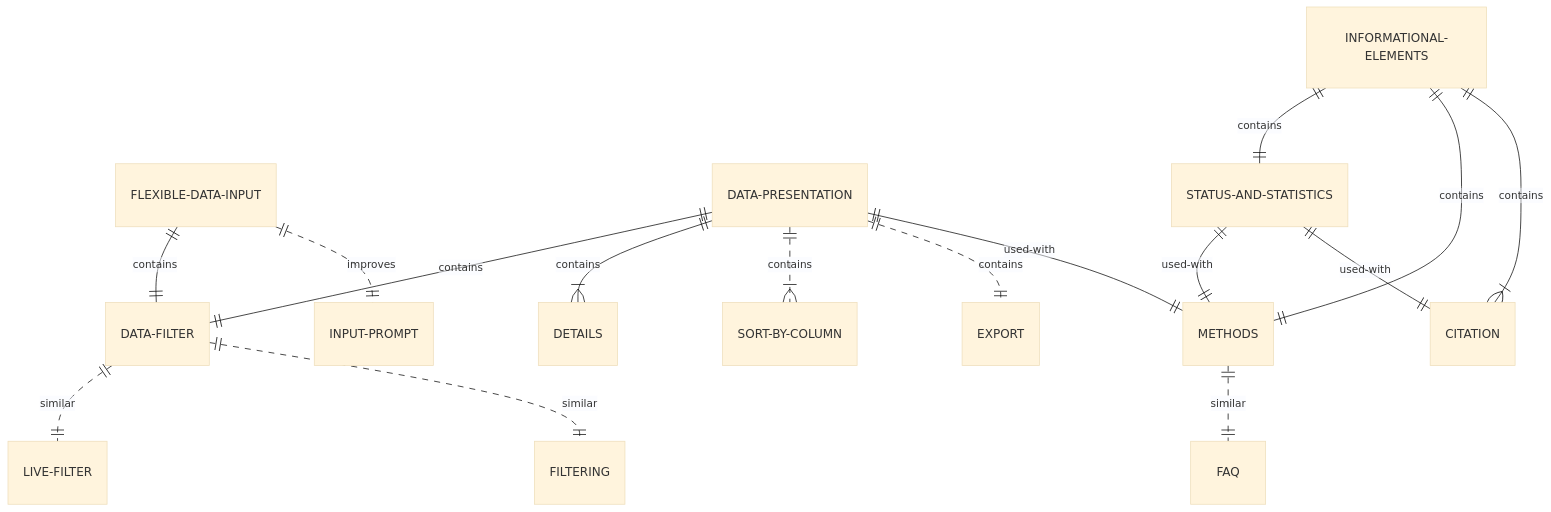
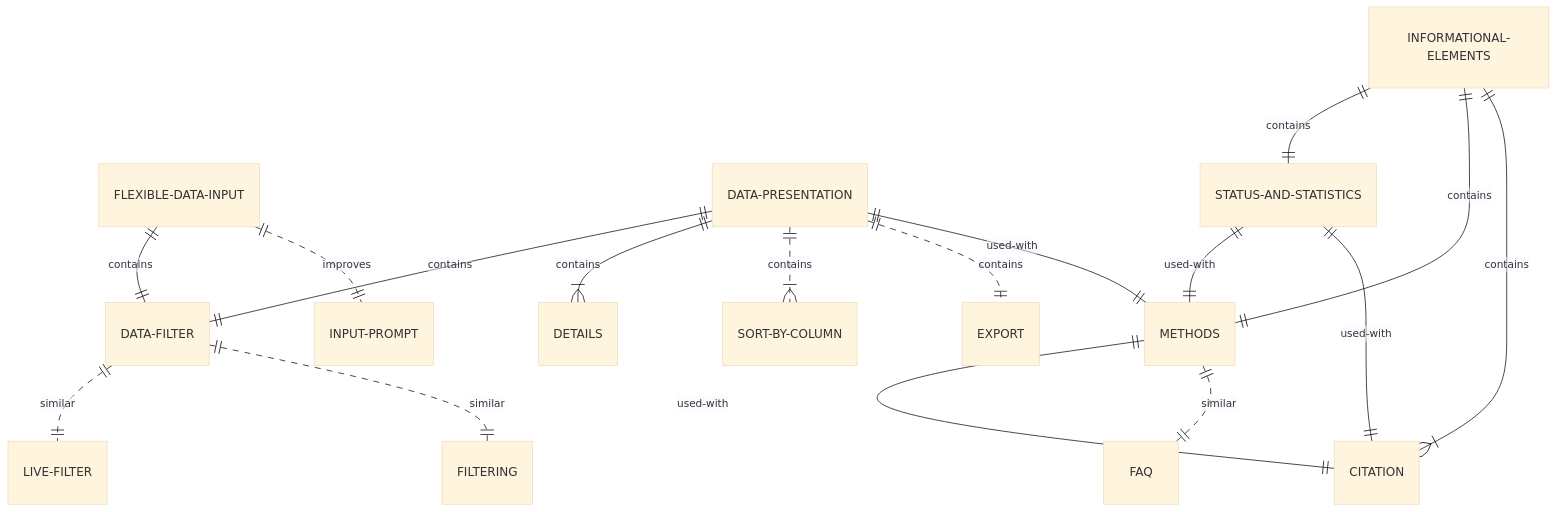
One commit to gbnegrini/bioinformatics-design-patterns changed the diagram in content/patterns/mirna-target-database/_index.md. Above: the diagram before and after it, drawn with Mermaid (base theme). The commit also changed 2 other files, not shown here.

Commit message:
fix: url and typo

````diff
--- a/content/patterns/mirna-target-database/_index.md
+++ b/content/patterns/mirna-target-database/_index.md
@@ -20,18 +20,19 @@
 ```mermaid
 erDiagram
     FLEXIBLE-DATA-INPUT ||--|| DATA-FILTER : contains
     FLEXIBLE-DATA-INPUT ||..|| INPUT-PROMPT : improves
     DATA-PRESENTATION ||--|| DATA-FILTER : contains
     DATA-PRESENTATION ||--|{ DETAILS : contains
     DATA-PRESENTATION ||..|{ SORT-BY-COLUMN : contains
     DATA-PRESENTATION ||..|| EXPORT : contains
     DATA-PRESENTATION ||--|| METHODS : used-with
     INFORMATIONAL-ELEMENTS ||--|| STATUS-AND-STATISTICS : contains
     INFORMATIONAL-ELEMENTS ||--|| METHODS : contains
     INFORMATIONAL-ELEMENTS ||--|{ CITATION : contains
     STATUS-AND-STATISTICS ||--|| METHODS : used-with
     STATUS-AND-STATISTICS ||--|| CITATION : used-with
+    METHODS ||--|| CITATION : used-with
     METHODS ||..|| FAQ : similar
     DATA-FILTER ||..|| LIVE-FILTER : similar
     DATA-FILTER ||..|| FILTERING : similar
 ```
````
